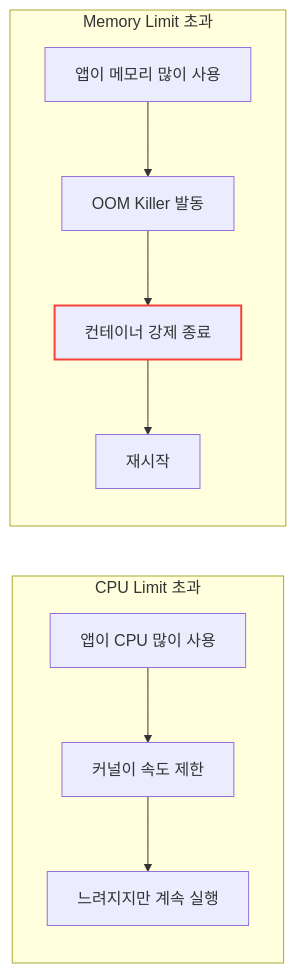
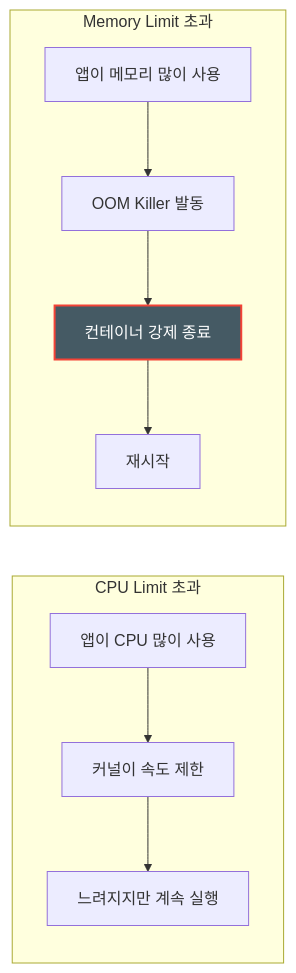
Before and after one commit to sskim91/TIL: the sixth of 8 diagrams in kubernetes/Kubernetes-Pod.md, drawn with Mermaid. The commit also changed other lines of this file and 39 other files, not shown here.

````diff
--- a/kubernetes/Kubernetes-Pod.md
+++ b/kubernetes/Kubernetes-Pod.md
@@ -705,15 +556,15 @@
 ```mermaid
 flowchart LR
     subgraph "CPU Limit 초과"
         C1[앱이 CPU 많이 사용] --> C2[커널이 속도 제한]
         C2 --> C3[느려지지만 계속 실행]
     end
 
     subgraph "Memory Limit 초과"
         M1[앱이 메모리 많이 사용] --> M2[OOM Killer 발동]
         M2 --> M3[컨테이너 강제 종료]
         M3 --> M4[재시작]
     end
 
-    style M3 stroke:#F44336,stroke-width:2px
+    style M3 stroke:#F44336,stroke-width:2px,fill:#455A64,color:#fff
 ```
````
